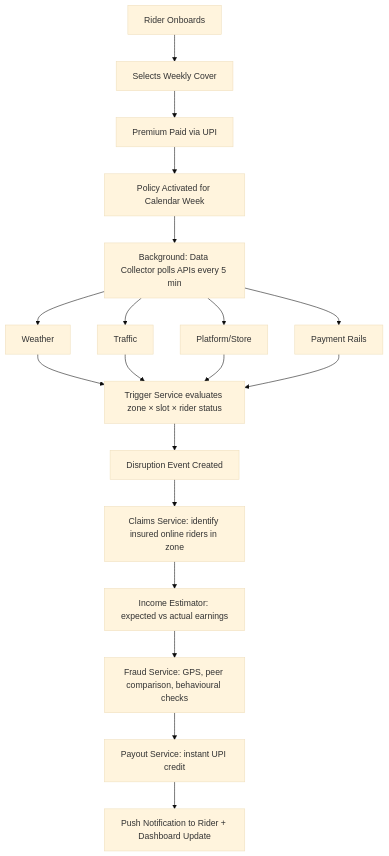
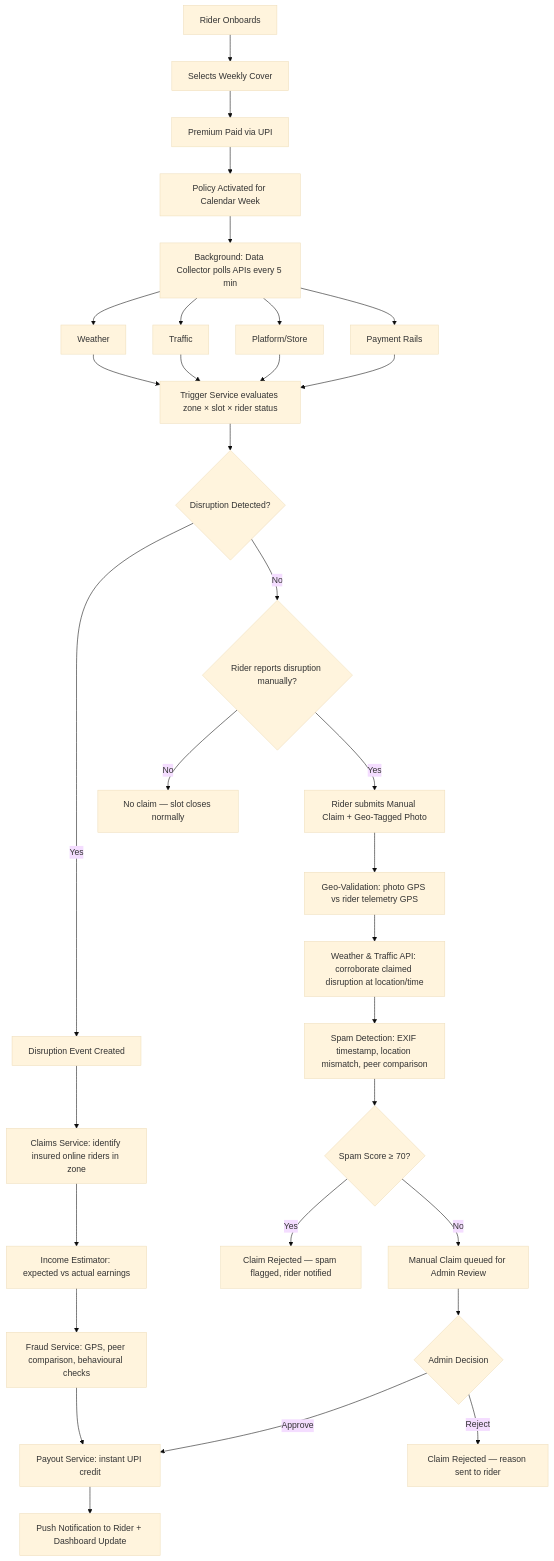
One commit to pankajydv07/GuideWire changed the first of 3 diagrams in README.md. Above: the diagram before and after it, drawn with Mermaid (base theme). The commit also changed other lines of this file, not shown here.

Commit message:
docs: add manual claim feature to README

````diff
--- a/README.md
+++ b/README.md
@@ -143,17 +163,30 @@
 ```mermaid
 flowchart TD
     A[Rider Onboards] --> B[Selects Weekly Cover] --> C[Premium Paid via UPI]
     C --> D[Policy Activated for Calendar Week]
     D --> E[Background: Data Collector polls APIs every 5 min]
     E --> F1[Weather]
     E --> F2[Traffic]
     E --> F3[Platform/Store]
     E --> F4[Payment Rails]
     F1 & F2 & F3 & F4 --> G[Trigger Service evaluates zone × slot × rider status]
-    G --> H[Disruption Event Created]
-    H --> I[Claims Service: identify insured online riders in zone]
-    I --> J[Income Estimator: expected vs actual earnings]
-    J --> K[Fraud Service: GPS, peer comparison, behavioural checks]
-    K --> L[Payout Service: instant UPI credit]
-    L --> M[Push Notification to Rider + Dashboard Update]
+    G --> H{Disruption Detected?}
+    H -- Yes --> I[Disruption Event Created]
+    I --> J[Claims Service: identify insured online riders in zone]
+    J --> K[Income Estimator: expected vs actual earnings]
+    K --> L[Fraud Service: GPS, peer comparison, behavioural checks]
+    L --> M[Payout Service: instant UPI credit]
+    M --> N[Push Notification to Rider + Dashboard Update]
+    H -- No --> O{Rider reports disruption manually?}
+    O -- No --> P[No claim — slot closes normally]
+    O -- Yes --> Q[Rider submits Manual Claim + Geo-Tagged Photo]
+    Q --> R[Geo-Validation: photo GPS vs rider telemetry GPS]
+    R --> S[Weather & Traffic API: corroborate claimed disruption at location/time]
+    S --> T[Spam Detection: EXIF timestamp, location mismatch, peer comparison]
+    T --> U{Spam Score ≥ 70?}
+    U -- Yes --> V[Claim Rejected — spam flagged, rider notified]
+    U -- No --> W[Manual Claim queued for Admin Review]
+    W --> X{Admin Decision}
+    X -- Approve --> M
+    X -- Reject --> Y[Claim Rejected — reason sent to rider]
 ```
````
